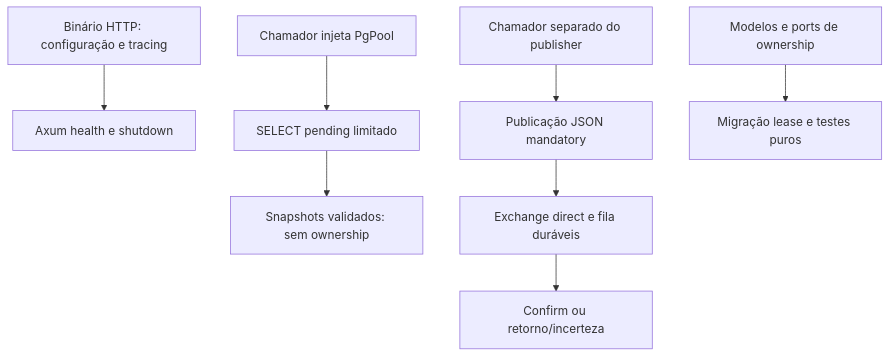
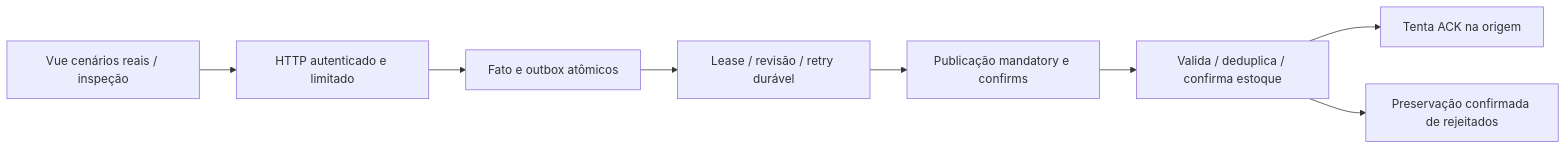
Before and after one commit to juniocr26/engineering-library: the diagram in docs/pt-BR/integrations/verified-flows.md, drawn with Mermaid. The commit also changed other lines of this file and 51 other files, not shown here.

````diff
--- a/docs/pt-BR/integrations/verified-flows.md
+++ b/docs/pt-BR/integrations/verified-flows.md
@@ -50,10 +15,10 @@
 ```mermaid
-flowchart TB
-    MAIN[Binário HTTP: configuração e tracing] --> HEALTH[Axum health e shutdown]
-    CALLER[Chamador injeta PgPool] --> READER[SELECT pending limitado]
-    READER --> SNAP[Snapshots validados: sem ownership]
-    PC[Chamador separado do publisher] --> PUB[Publicação JSON mandatory]
-    PUB --> BROKER[Exchange direct e fila duráveis]
-    BROKER --> CONF[Confirm ou retorno/incerteza]
-    MODEL[Modelos e ports de ownership] --> SCHEMA[Migração lease e testes puros]
+flowchart LR
+    Vue[Vue cenários reais / inspeção] --> HTTP[HTTP autenticado e limitado]
+    HTTP --> Producer[Fato e outbox atômicos]
+    Producer --> Relay[Lease / revisão / retry durável]
+    Relay --> Broker[Publicação mandatory e confirms]
+    Broker --> Consumer[Valida / deduplica / confirma estoque]
+    Consumer --> Ack[Tenta ACK na origem]
+    Consumer --> Quarantine[Preservação confirmada de rejeitados]
 ```
````
